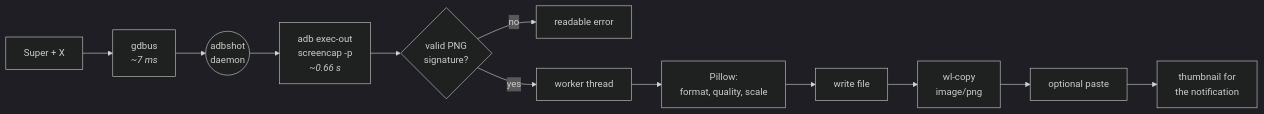
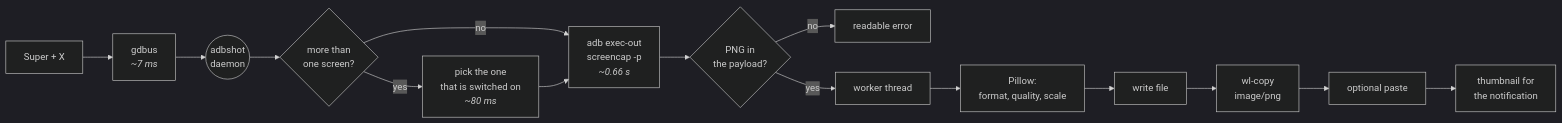
The diagram in README.md (acosta290/adbshot), drawn with Mermaid (dark theme) before and after one commit. The commit also changed other lines of this file and 6 other files, not shown here.

Commit message:
feat: enhance multi-display support for foldable devices and improve PNG signature handling

````diff
--- a/README.md
+++ b/README.md
@@ -181,14 +183,17 @@
 ```mermaid
 flowchart LR
     K["Super + X"] --> G["gdbus<br/><i>~7 ms</i>"]
     G --> D(("adbshot<br/>daemon"))
-    D --> A["adb exec-out<br/>screencap -p<br/><i>~0.66 s</i>"]
-    A --> V{"valid PNG<br/>signature?"}
+    D --> N{"more than<br/>one screen?"}
+    N -- no --> A
+    N -- yes --> L["pick the one<br/>that is switched on<br/><i>~80 ms</i>"]
+    L --> A["adb exec-out<br/>screencap -p<br/><i>~0.66 s</i>"]
+    A --> V{"PNG in<br/>the payload?"}
     V -- no --> E["readable error"]
     V -- yes --> W["worker thread"]
     W --> I["Pillow:<br/>format, quality, scale"]
     I --> S["write file"]
     S --> C["wl-copy<br/>image/png"]
     C --> P["optional paste"]
     P --> T["thumbnail for<br/>the notification"]
 ```
````
